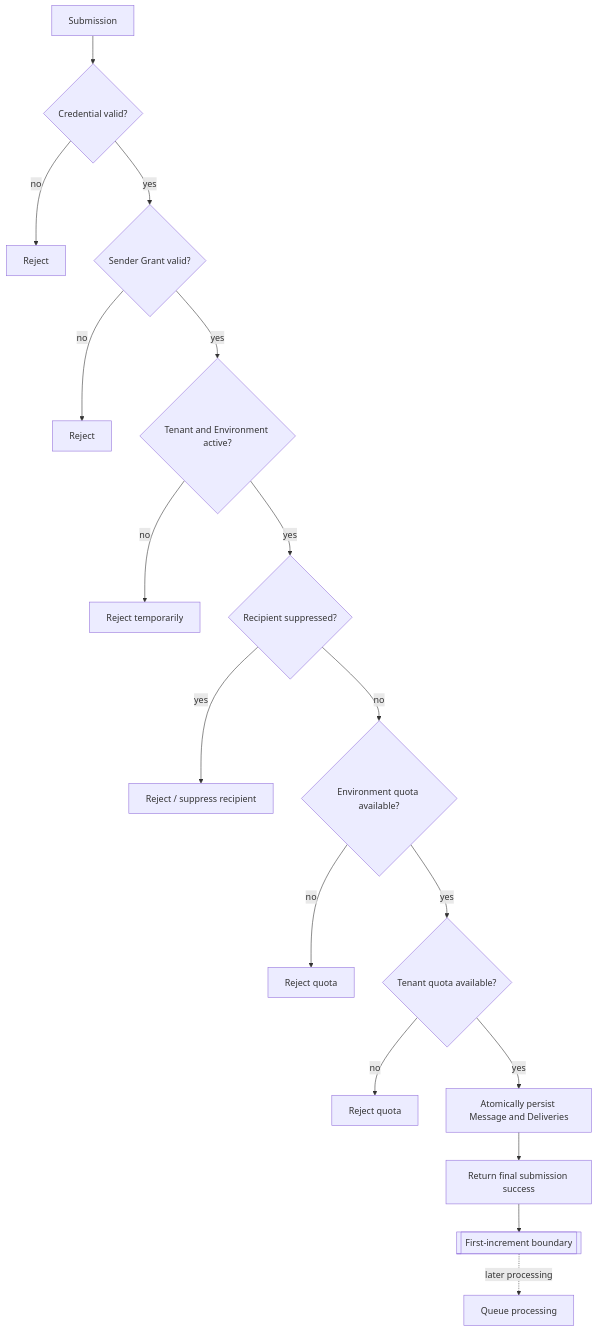
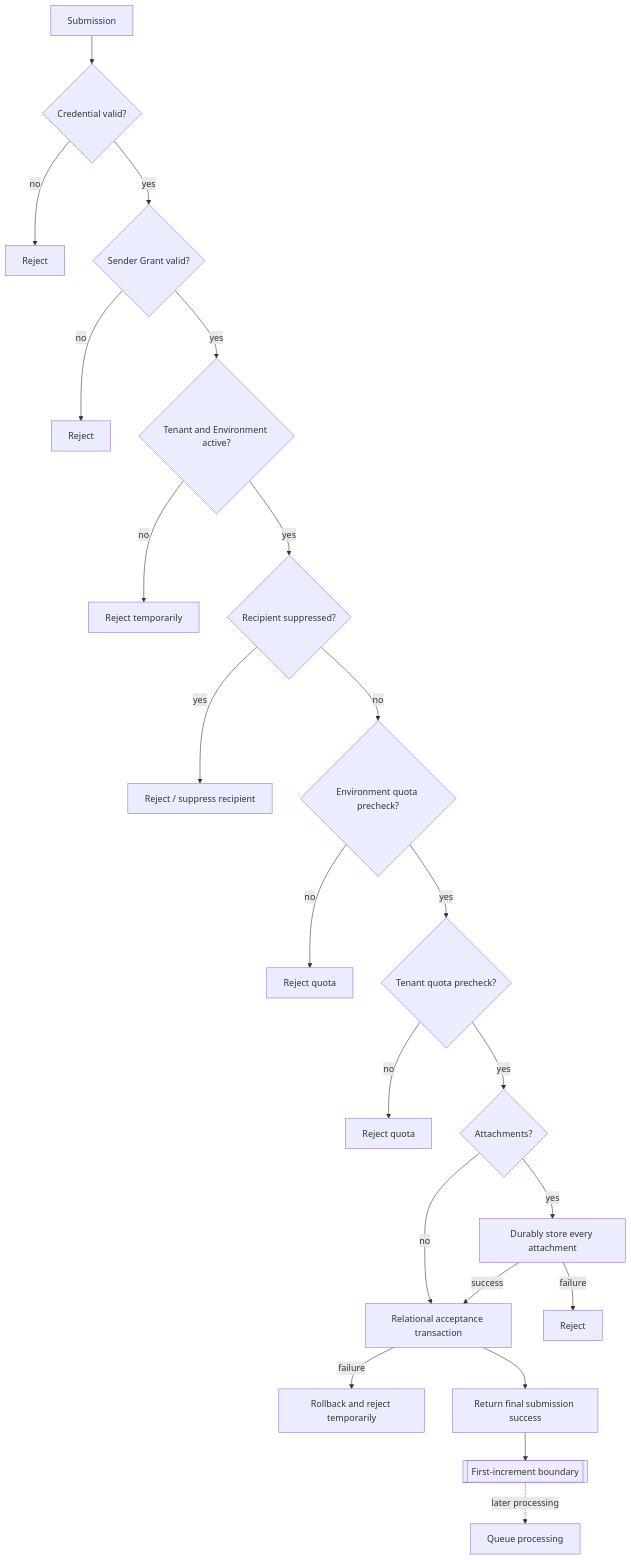
The first of 2 diagrams in docs/architecture/message-lifecycle.md (viiag7/ProjectVelaris), drawn with Mermaid before and after one commit. The commit also changed other lines of this file and 13 other files, not shown here.

Commit message:
docs: define SMTP submission architecture

````diff
--- a/docs/architecture/message-lifecycle.md
+++ b/docs/architecture/message-lifecycle.md
@@ -5,19 +5,24 @@
 ```mermaid
 flowchart TD
     S[Submission] --> AUTH{Credential valid?}
     AUTH -- no --> R1[Reject]
     AUTH -- yes --> SG{Sender Grant valid?}
     SG -- no --> R2[Reject]
     SG -- yes --> ST{Tenant and Environment active?}
     ST -- no --> R3[Reject temporarily]
     ST -- yes --> SUP{Recipient suppressed?}
     SUP -- yes --> R4[Reject / suppress recipient]
-    SUP -- no --> EQ{Environment quota available?}
+    SUP -- no --> EQ{Environment quota precheck?}
     EQ -- no --> R5[Reject quota]
-    EQ -- yes --> TQ{Tenant quota available?}
+    EQ -- yes --> TQ{Tenant quota precheck?}
     TQ -- no --> R6[Reject quota]
-    TQ -- yes --> ACCEPT[Atomically persist Message and Deliveries]
+    TQ -- yes --> HAS{Attachments?}
+    HAS -- yes --> OBJ[Durably store every attachment]
+    HAS -- no --> ACCEPT[Relational acceptance transaction]
+    OBJ -- failure --> R7[Reject]
+    OBJ -- success --> ACCEPT
+    ACCEPT -- failure --> R8[Rollback and reject temporarily]
     ACCEPT --> ACK[Return final submission success]
     ACK --> STOP[[First-increment boundary]]
     STOP -. later processing .-> QUEUE[Queue processing]
 ```
````
